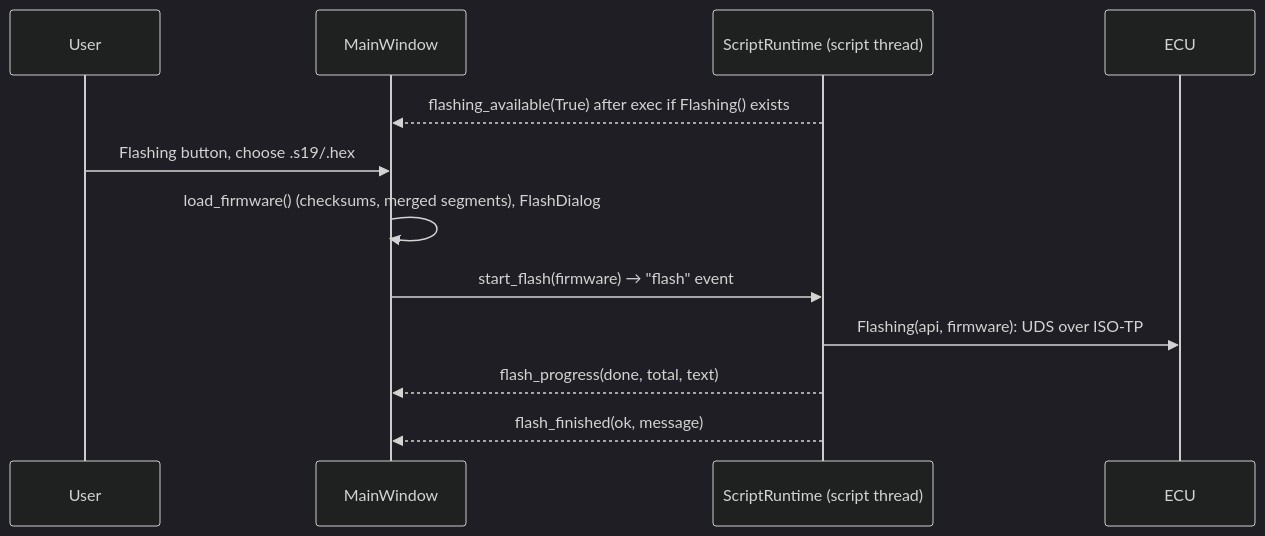
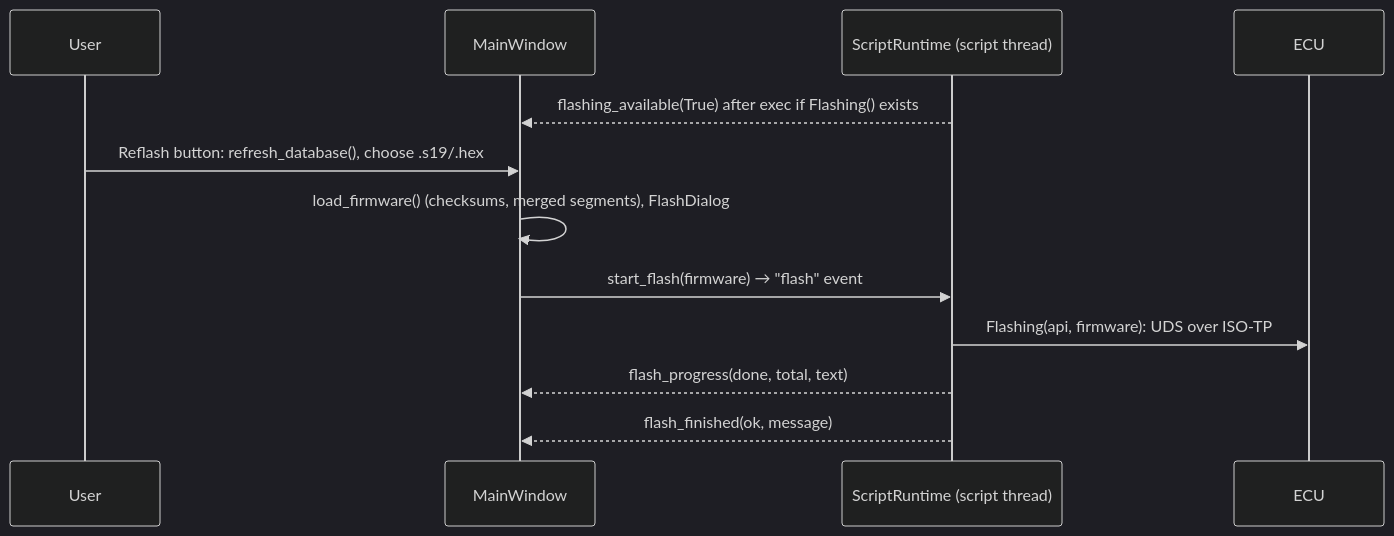
One commit to HyperFluxQc/CanExpert changed the fourth of 4 diagrams in docs/DOCUMENTATION.md. Above: the diagram before and after it, drawn with Mermaid (dark theme). The commit also changed other lines of this file and 16 other files, not shown here.

````diff
--- a/docs/DOCUMENTATION.md
+++ b/docs/DOCUMENTATION.md
@@ -384,15 +384,15 @@
 ```mermaid
 sequenceDiagram
     participant User
     participant MainWindow
     participant Runtime as ScriptRuntime (script thread)
     participant ECU
 
     Runtime-->>MainWindow: flashing_available(True) after exec if Flashing() exists
-    User->>MainWindow: Flashing button, choose .s19/.hex
+    User->>MainWindow: Reflash button: refresh_database(), choose .s19/.hex
     MainWindow->>MainWindow: load_firmware() (checksums, merged segments), FlashDialog
     MainWindow->>Runtime: start_flash(firmware) → "flash" event
     Runtime->>ECU: Flashing(api, firmware): UDS over ISO-TP
     Runtime-->>MainWindow: flash_progress(done, total, text)
     Runtime-->>MainWindow: flash_finished(ok, message)
 ```
````
